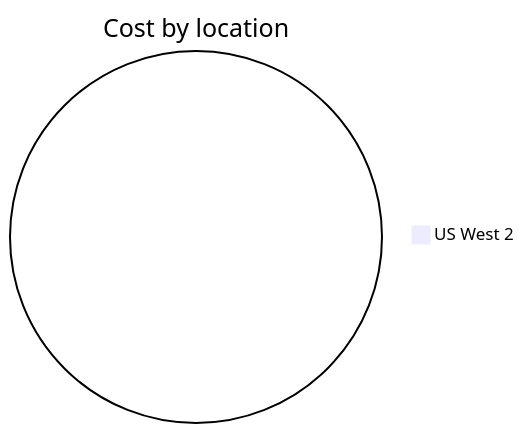
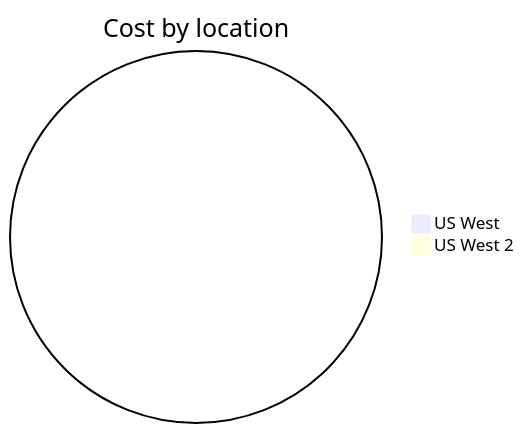
The third of 4 diagrams in cost-reports/azureapp-auto-alerts-873533-jpatrick_fulton_gmail_com/azureapp-auto.md (jpfulton/azure-personal-reports), drawn with Mermaid before and after one commit. The commit also changed other lines of this file and 1 other file, not shown here.

````diff
--- a/cost-reports/azureapp-auto-alerts-873533-jpatrick_fulton_gmail_com/azureapp-auto.md
+++ b/cost-reports/azureapp-auto-alerts-873533-jpatrick_fulton_gmail_com/azureapp-auto.md
@@ -47,5 +50,6 @@
 ```mermaid
 pie
    title Cost by location
+   "US West" : 0.00
    "US West 2" : 0.00
 ```
````
